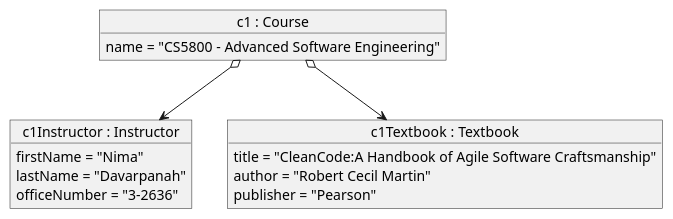
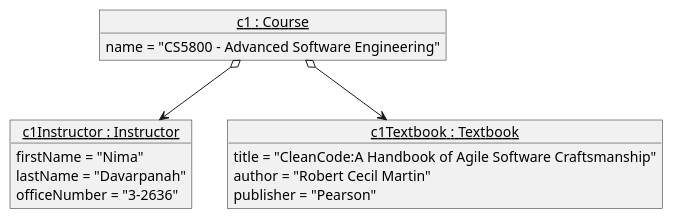
One commit to Justin-J-K/CS4800-Homework-3 changed the diagram in part3-object-diagram.puml. Above: the diagram before and after it, drawn with PlantUML. The commit also changed 2 other files, not shown here.

```diff
--- a/part3-object-diagram.puml
+++ b/part3-object-diagram.puml
@@ -1,18 +1,18 @@
 @startuml
-object "c1 : Course" as course {
+object "<u>c1 : Course</u>" as course {
     name = "CS5800 - Advanced Software Engineering"
 }
-object "c1Instructor : Instructor" as instructor {
+object "<u>c1Instructor : Instructor</u>" as instructor {
     firstName = "Nima"
     lastName = "Davarpanah"
     officeNumber = "3-2636"
 }
-object "c1Textbook : Textbook" as textbook {
+object "<u>c1Textbook : Textbook</u>" as textbook {
     title = "CleanCode:A Handbook of Agile Software Craftsmanship"
     author = "Robert Cecil Martin"
     publisher = "Pearson"
 }
 
 course o--> instructor
 course o--> textbook
 @enduml
```
